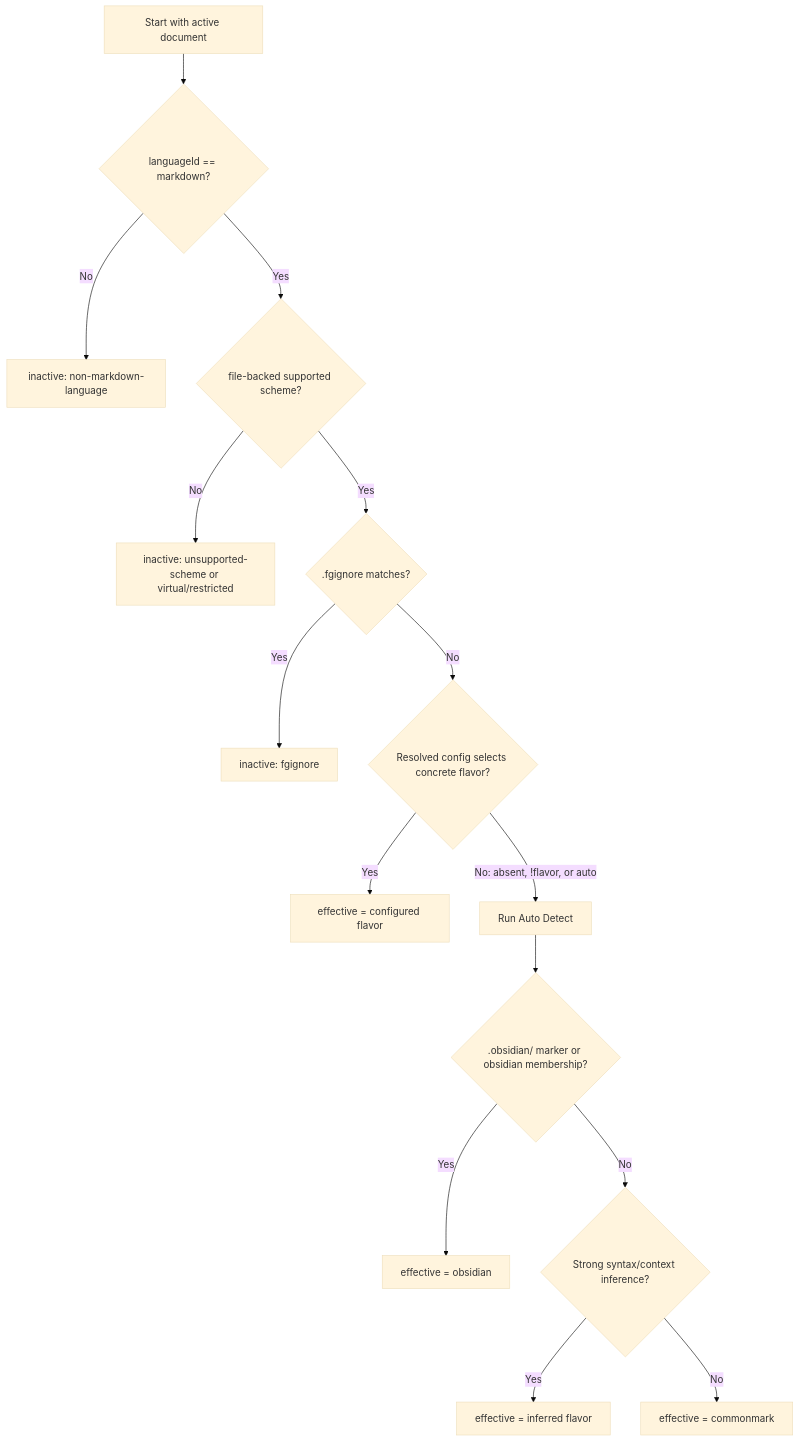
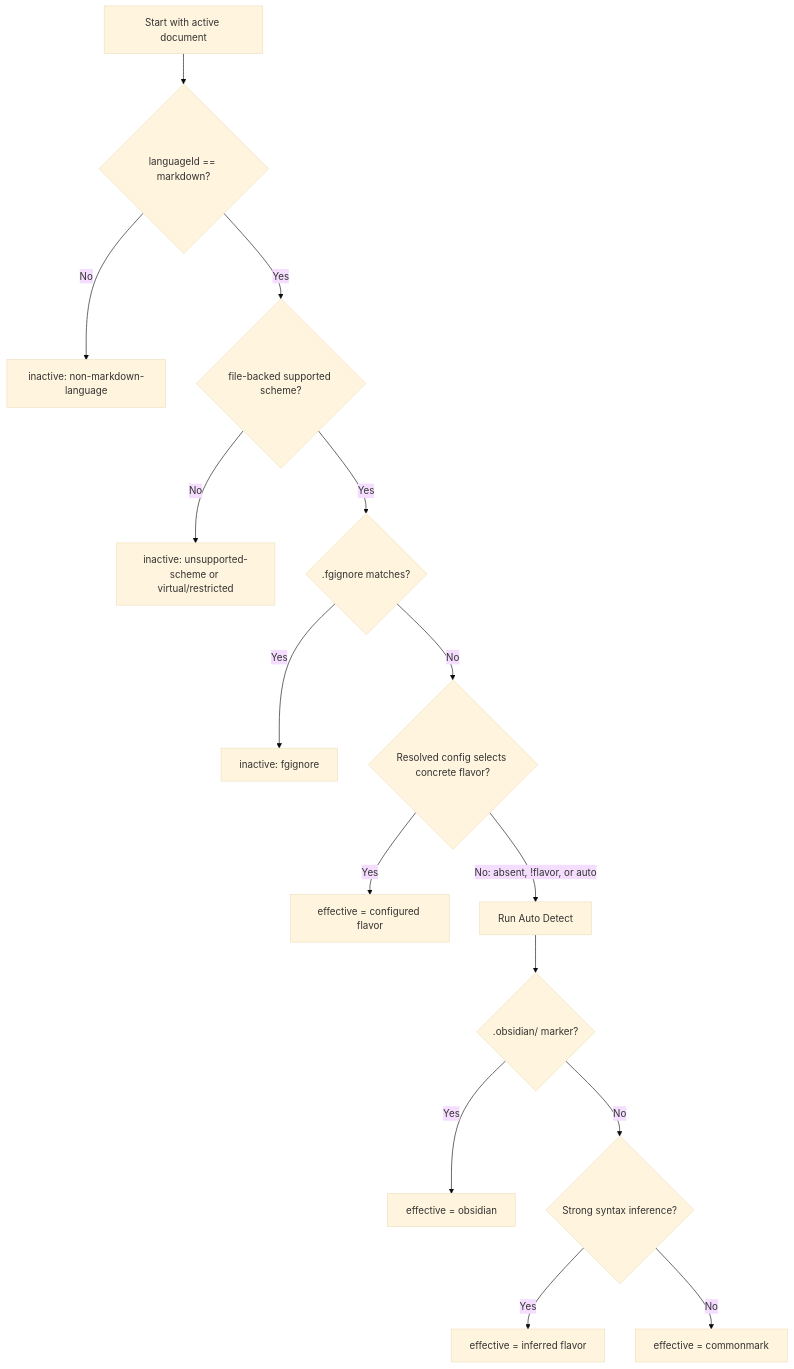
The diagram in docs/design/markdown-flavor-auto-detection.md (alisonaquinas/flavor-grenade-lsp), drawn with Mermaid (base theme) before and after one commit. The commit also changed other lines of this file and 55 other files, not shown here.

````diff
--- a/docs/design/markdown-flavor-auto-detection.md
+++ b/docs/design/markdown-flavor-auto-detection.md
@@ -186,17 +180,17 @@
 ```mermaid
 flowchart TD
   A["Start with active document"] --> B{"languageId == markdown?"}
   B -- "No" --> Z1["inactive: non-markdown-language"]
   B -- "Yes" --> C{"file-backed supported scheme?"}
   C -- "No" --> Z2["inactive: unsupported-scheme or virtual/restricted"]
   C -- "Yes" --> D{".fgignore matches?"}
   D -- "Yes" --> Z3["inactive: fgignore"]
   D -- "No" --> G{"Resolved config selects concrete flavor?"}
   G -- "Yes" --> R4["effective = configured flavor"]
   G -- "No: absent, !flavor, or auto" --> H["Run Auto Detect"]
-  H --> I{".obsidian/ marker or obsidian membership?"}
+  H --> I{".obsidian/ marker?"}
   I -- "Yes" --> R5["effective = obsidian"]
-  I -- "No" --> K{"Strong syntax/context inference?"}
+  I -- "No" --> K{"Strong syntax inference?"}
   K -- "Yes" --> R6["effective = inferred flavor"]
   K -- "No" --> R8["effective = commonmark"]
 ```
````
